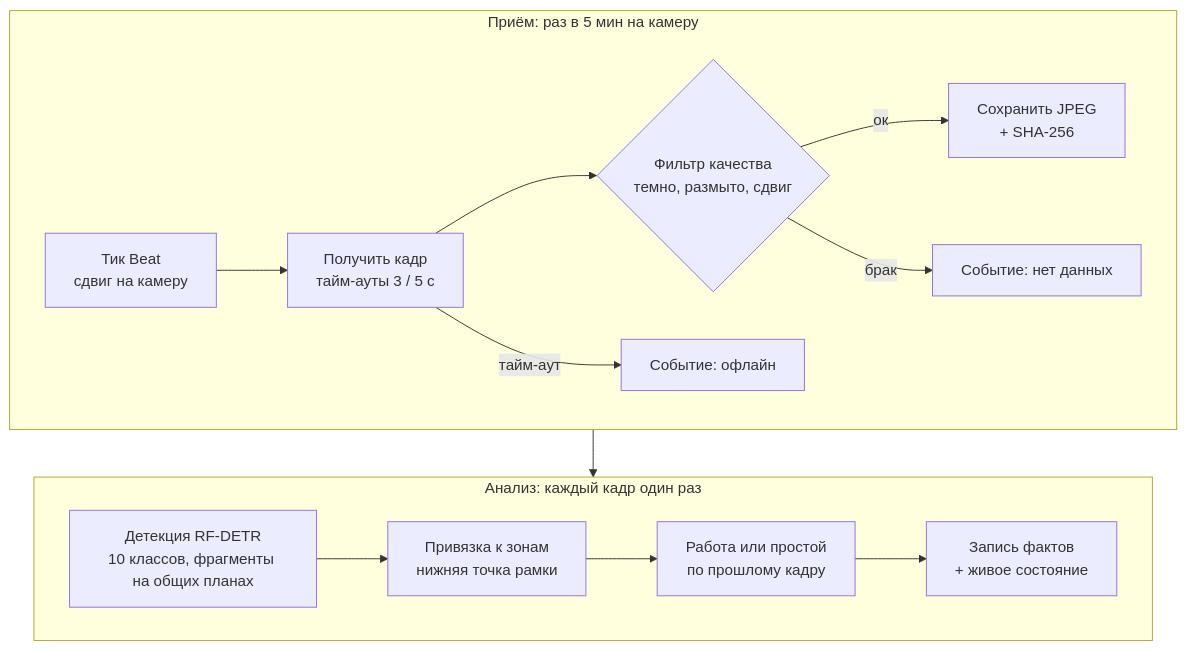
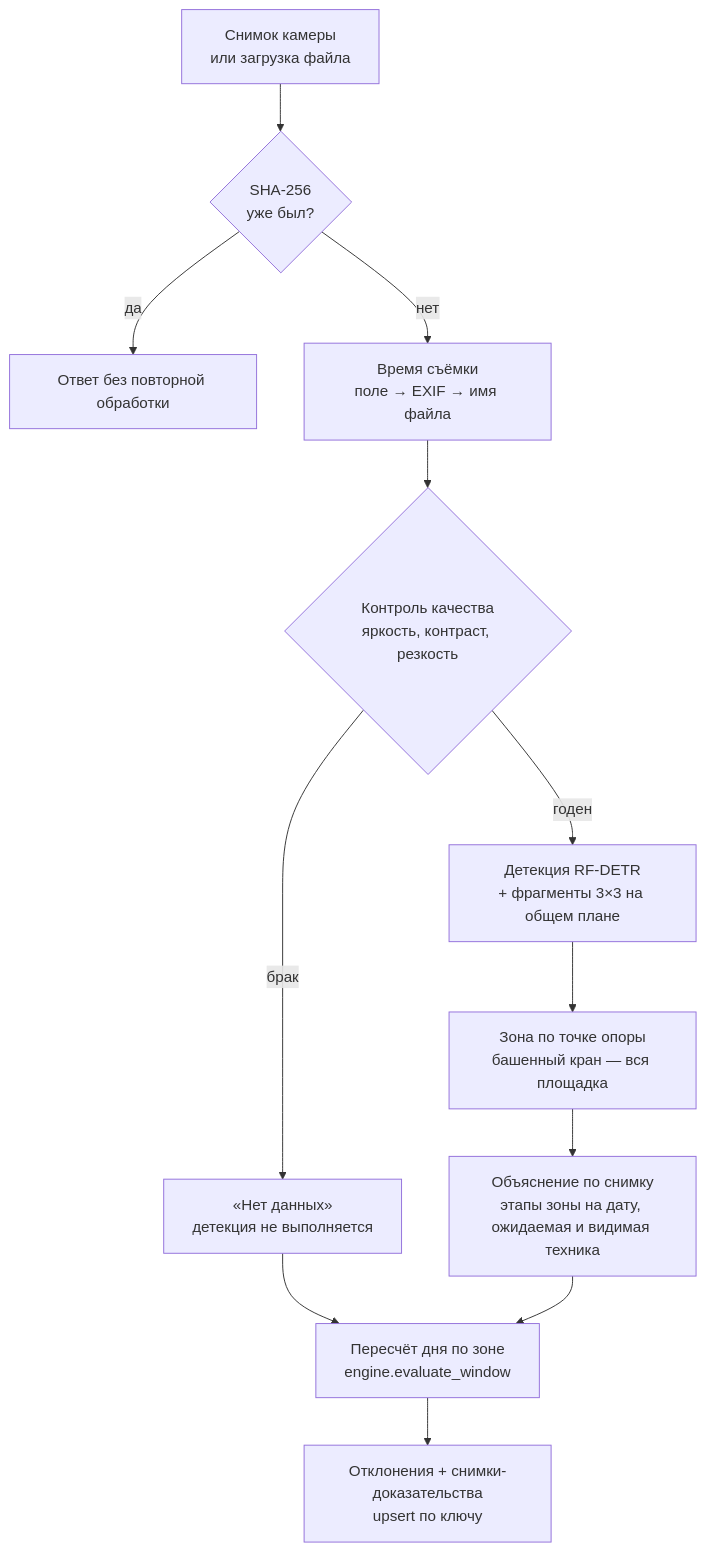
One commit to Antonoof/Intelligent-construction-site-monitoring-system changed the third of 4 diagrams in backend/readme.md. Above: the diagram before and after it, drawn with Mermaid. The commit also changed other lines of this file and 77 other files, not shown here.

````diff
--- a/backend/readme.md
+++ b/backend/readme.md
@@ -86,18 +117,14 @@
 ```mermaid
 flowchart TD
-    subgraph ING["Приём: раз в 5 мин на камеру"]
-        direction LR
-        T["Тик Beat<br/>сдвиг на камеру"] --> F["Получить кадр<br/>тайм-ауты 3 / 5 с"]
-        F --> QG{"Фильтр качества<br/>темно, размыто, сдвиг"}
-        QG -->|ок| S["Сохранить JPEG<br/>+ SHA-256"]
-        F -->|тайм-аут| OFF["Событие: офлайн"]
-        QG -->|брак| ND["Событие: нет данных"]
-    end
-    subgraph ANA["Анализ: каждый кадр один раз"]
-        direction LR
-        D["Детекция RF-DETR<br/>10 классов, фрагменты на общих планах"] --> Z["Привязка к зонам<br/>нижняя точка рамки"]
-        Z --> A["Работа или простой<br/>по прошлому кадру"]
-        A --> W["Запись фактов<br/>+ живое состояние"]
-    end
-    ING --> ANA
+    A["Снимок камеры<br/>или загрузка файла"] --> H{"SHA-256<br/>уже был?"}
+    H -->|да| DUP["Ответ без повторной обработки"]
+    H -->|нет| T["Время съёмки<br/>поле → EXIF → имя файла"]
+    T --> Q{"Контроль качества<br/>яркость, контраст, резкость"}
+    Q -->|брак| ND["«Нет данных»<br/>детекция не выполняется"]
+    Q -->|годен| D["Детекция RF-DETR<br/>+ фрагменты 3×3 на общем плане"]
+    D --> Z["Зона по точке опоры<br/>башенный кран — вся площадка"]
+    Z --> S["Объяснение по снимку<br/>этапы зоны на дату, ожидаемая и видимая техника"]
+    ND --> R["Пересчёт дня по зоне<br/>engine.evaluate_window"]
+    S --> R
+    R --> DEV["Отклонения + снимки-доказательства<br/>upsert по ключу"]
 ```
````
